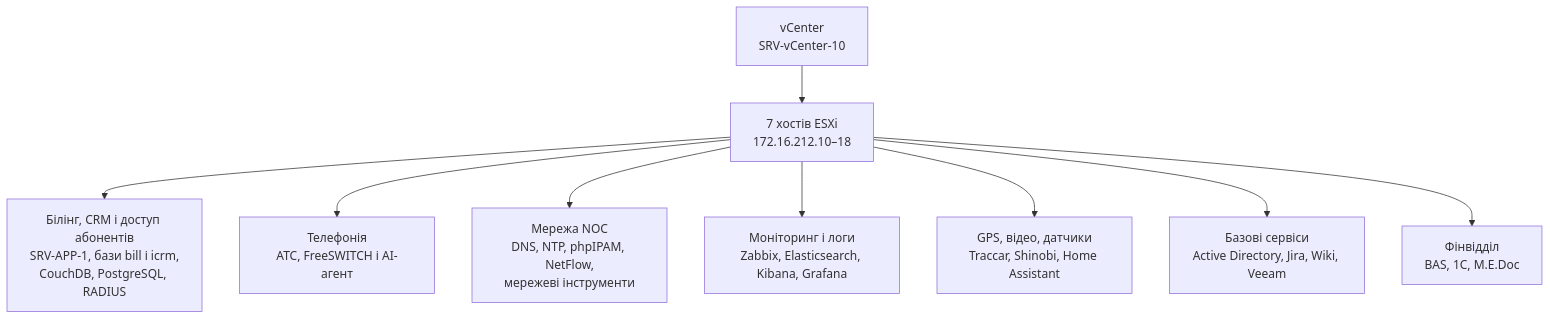
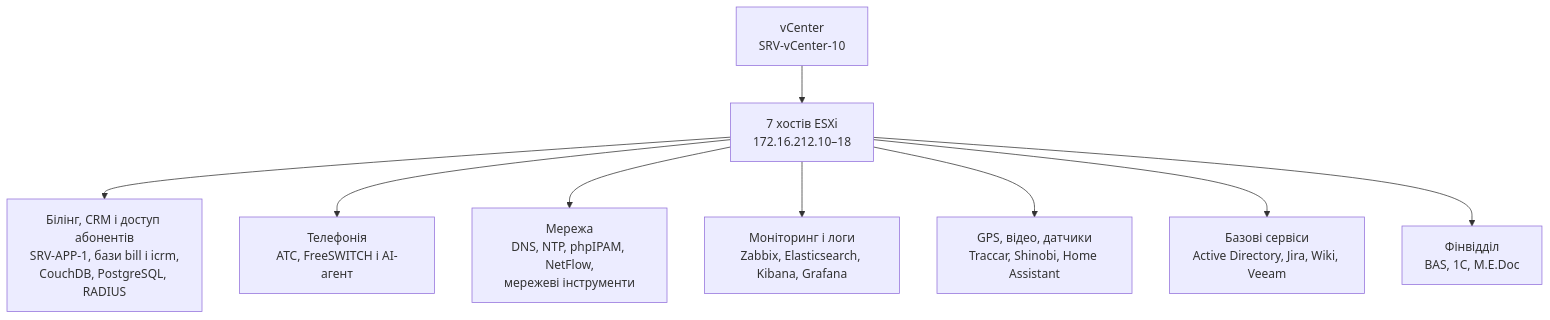
The first of 2 diagrams in architecture/infrastructure.md (iport-snk/i.md), drawn with Mermaid before and after one commit. The commit also changed other lines of this file, not shown here.

````diff
--- a/architecture/infrastructure.md
+++ b/architecture/infrastructure.md
@@ -9,11 +9,11 @@
 ```mermaid
 flowchart TB
     VC["vCenter<br/>SRV-vCenter-10"] --> H["7 хостів ESXi<br/>172.16.212.10–18"]
     H --> APP["Білінг, CRM і доступ абонентів<br/>SRV-APP-1, бази bill і icrm,<br/>CouchDB, PostgreSQL, RADIUS"]
     H --> TEL["Телефонія<br/>АТС, FreeSWITCH і AI-агент"]
-    H --> NET["Мережа NOC<br/>DNS, NTP, phpIPAM, NetFlow,<br/>мережеві інструменти"]
+    H --> NET["Мережа<br/>DNS, NTP, phpIPAM, NetFlow,<br/>мережеві інструменти"]
     H --> MON["Моніторинг і логи<br/>Zabbix, Elasticsearch, Kibana, Grafana"]
     H --> IOT["GPS, відео, датчики<br/>Traccar, Shinobi, Home Assistant"]
     H --> BASE["Базові сервіси<br/>Active Directory, Jira, Wiki, Veeam"]
     H --> FIN["Фінвідділ<br/>BAS, 1С, M.E.Doc"]
 ```
````
